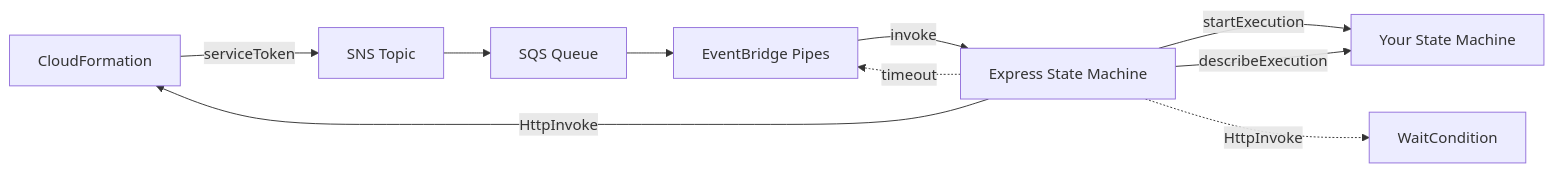
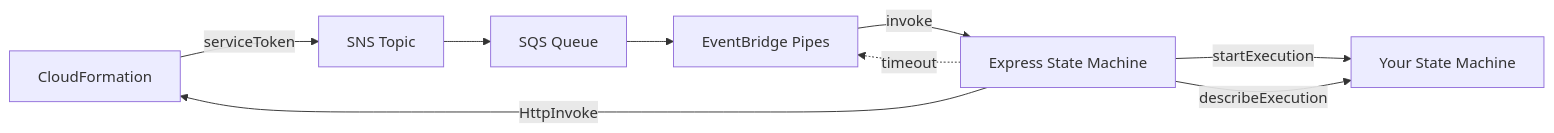
Before and after one commit to WinterYukky/aws-cdk-lambdaless-custom-resource: the diagram in README.md, drawn with Mermaid. The commit also changed other lines of this file and 1 other file, not shown here.

````diff
--- a/README.md
+++ b/README.md
@@ -154,12 +154,11 @@
 ```mermaid
 graph LR
     CFn[CloudFormation] -->|serviceToken| SNS[SNS Topic]
     SNS --> SQS[SQS Queue]
     SQS --> Pipes[EventBridge Pipes]
     Pipes -->|invoke| Express[Express State Machine]
     Express -->|startExecution| Standard[Your State Machine]
     Express -->|describeExecution| Standard
     Express -->|HttpInvoke| CFn
-    Express -.->|HttpInvoke| WC[WaitCondition]
     Express -.->|timeout| Pipes
 ```
````
